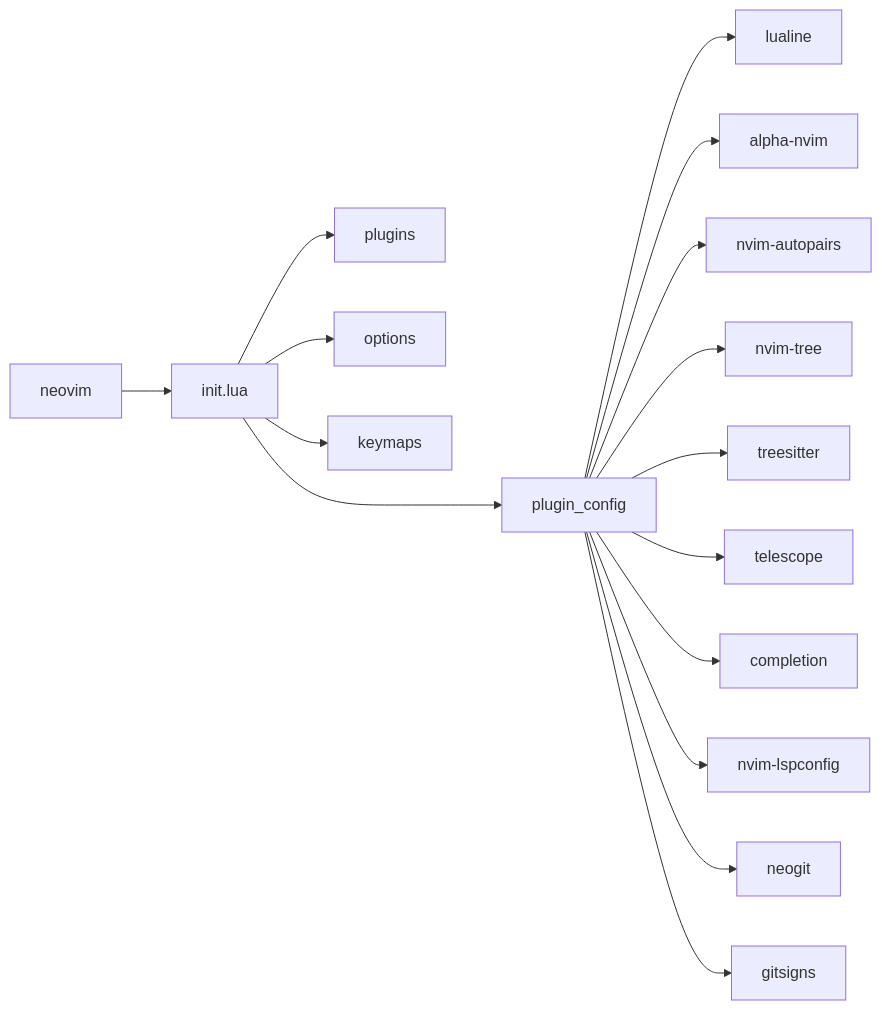
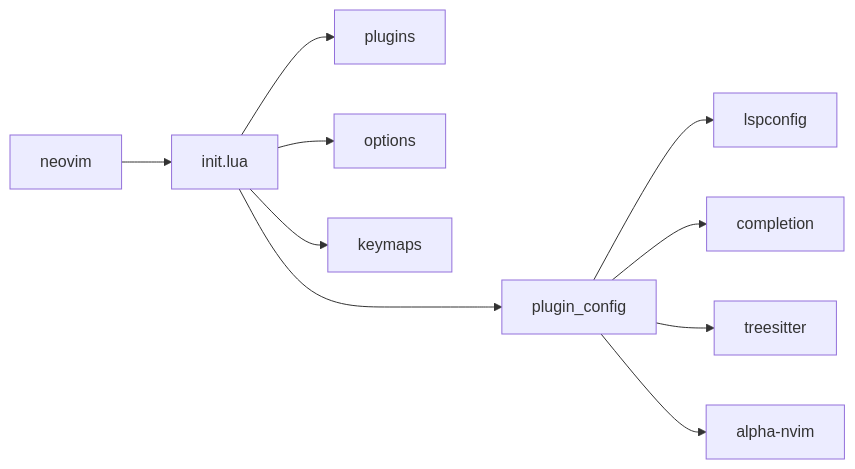
One commit to jpnt/nvim-config changed the diagram in README.md. Above: the diagram before and after it, drawn with Mermaid. The commit also changed other lines of this file and 7 other files, not shown here.

````diff
--- a/README.md
+++ b/README.md
@@ -38,20 +38,14 @@
 ```mermaid
 graph LR;
     neovim-->init.lua;
 
     init.lua-->plugins;
     init.lua--->plugin_config;
     init.lua-->options;
     init.lua-->keymaps;
 
-    plugin_config-->lualine;
+    plugin_config-->lspconfig;
+    plugin_config-->completion;
+    plugin_config-->treesitter;
     plugin_config-->alpha-nvim;
-    plugin_config-->nvim-autopairs;
-    plugin_config-->nvim-tree;
-    plugin_config-->treesitter;
-    plugin_config-->telescope;
-    plugin_config-->completion;
-    plugin_config-->nvim-lspconfig;
-    plugin_config-->neogit;
-    plugin_config-->gitsigns;
 ```
````
